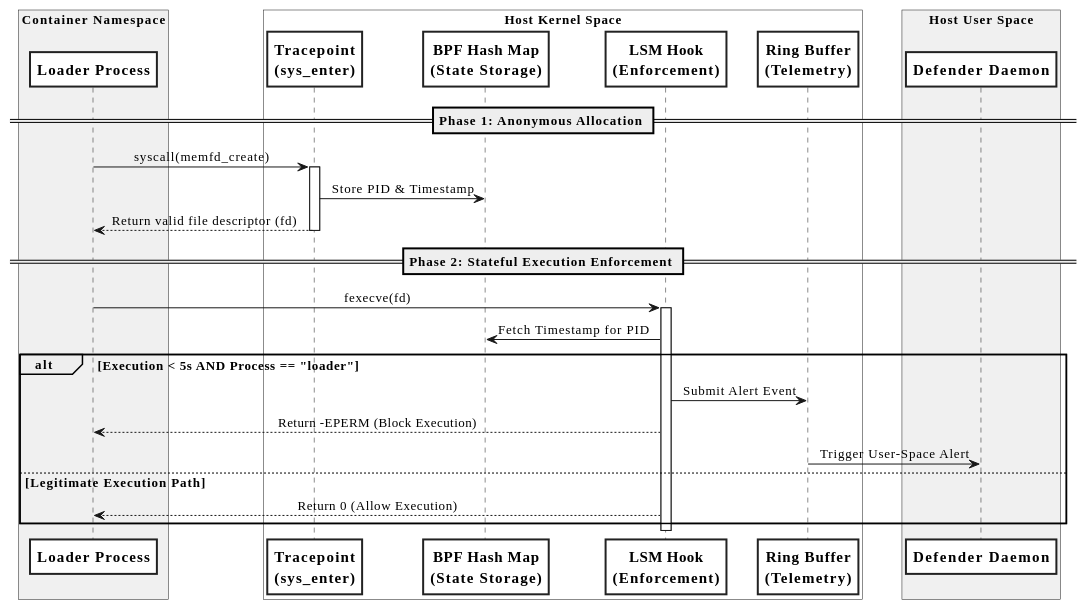
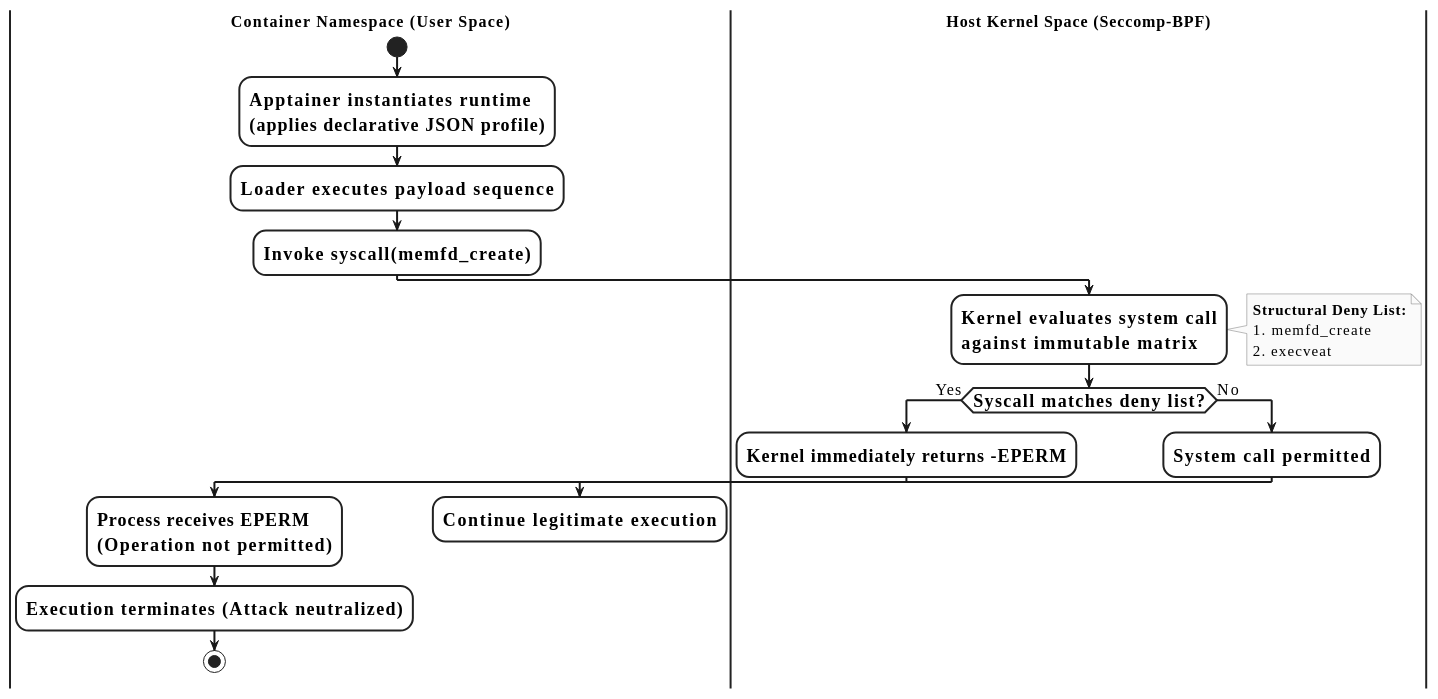
Before and after one commit to Torres08/containment-leak-research: the diagram in diagrams/diagram5.md, drawn with PlantUML. The commit also changed 8 other files, not shown here.

```diff
--- a/diagrams/diagram5.md
+++ b/diagrams/diagram5.md
@@ -1,63 +1,61 @@
 @startuml
 skinparam monochrome true
 skinparam shadowing false
 skinparam defaultFontName "Times New Roman"
-skinparam defaultFontSize 13
-skinparam sequenceMessageAlign center
-skinparam roundcorner 0
-skinparam nodesep 40
-skinparam ranksep 40
+skinparam defaultFontSize 16
+skinparam linetype ortho
+skinparam nodesep 100
+skinparam ranksep 100
 
-skinparam participant {
+skinparam activity {
   BorderColor #222222
   BorderThickness 2
   BackgroundColor #FFFFFF
   FontStyle bold
-  FontSize 15
+  FontSize 18
 }
 
 skinparam note {
   BorderColor #777777
   BackgroundColor #FAFAFA
-  FontSize 12
+  FontSize 15
 }
 
-skinparam BoxFontSize 13
-skinparam BoxFontStyle bold
+skinparam swimlane {
+  BorderColor #222222
+  BorderThickness 2
+  TitleFontSize 16
+  TitleFontStyle bold
+}
 
-box "Container Namespace" #F0F0F0
-    participant "Loader Process" as L
-end box
+|Container Namespace (User Space)|
+start
+:Apptainer instantiates runtime\n(applies declarative JSON profile);
+:Loader executes payload sequence;
+:Invoke syscall(memfd_create);
 
-box "Host Kernel Space" #FFFFFF
-    participant "Tracepoint\n(sys_enter)" as TP
-    participant "BPF Hash Map\n(State Storage)" as MAP
-    participant "LSM Hook\n(Enforcement)" as LSM
-    participant "Ring Buffer\n(Telemetry)" as RB
-end box
+|Host Kernel Space (Seccomp-BPF)|
+:Kernel evaluates system call\nagainst immutable matrix;
 
-box "Host User Space" #F0F0F0
-    participant "Defender Daemon" as D
-end box
+note right
+  **Structural Deny List:**
+  1. memfd_create
+  2. execveat
+end note
 
-== Phase 1: Anonymous Allocation ==
-L -> TP : syscall(memfd_create)
-activate TP
-TP -> MAP : Store PID & Timestamp
-TP --> L : Return valid file descriptor (fd)
-deactivate TP
-
-== Phase 2: Stateful Execution Enforcement ==
-L -> LSM : fexecve(fd)
-activate LSM
-LSM -> MAP : Fetch Timestamp for PID
-
-alt Execution < 5s AND Process == "loader"
-    LSM -> RB : Submit Alert Event
-    LSM --> L : Return -EPERM (Block Execution)
-    RB -> D : Trigger User-Space Alert
-else Legitimate Execution Path
-    LSM --> L : Return 0 (Allow Execution)
-end
-deactivate LSM
+if (Syscall matches deny list?) then (Yes)
+  :Kernel immediately returns -EPERM;
+  
+  |Container Namespace (User Space)|
+  :Process receives EPERM\n(Operation not permitted);
+  :Execution terminates (Attack neutralized);
+  stop
+else (No)
+  |Host Kernel Space (Seccomp-BPF)|
+  :System call permitted;
+  
+  |Container Namespace (User Space)|
+  :Continue legitimate execution;
+  detach
+endif
 @enduml
```
